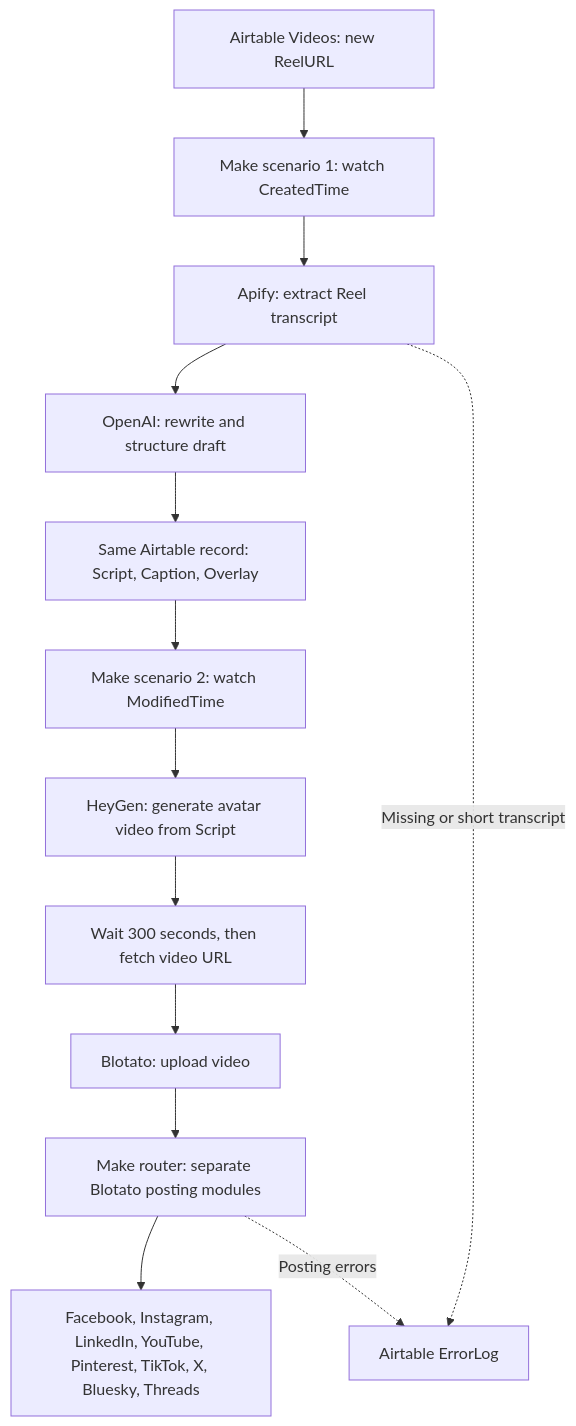
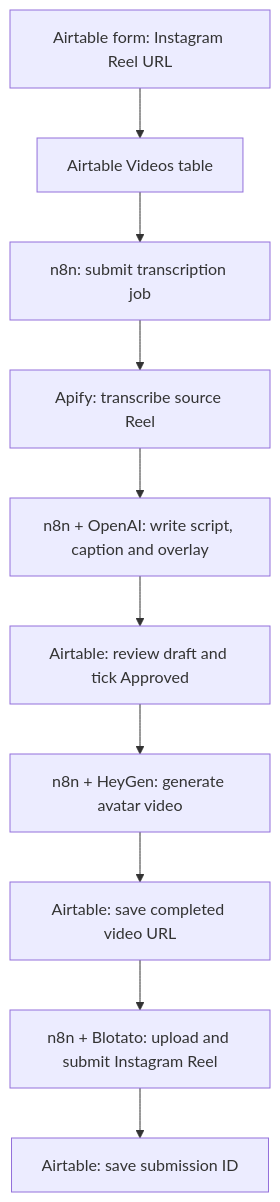
Before and after one commit to faith-nte/blotata-social-poster: the diagram in README.md, drawn with Mermaid. The commit also changed other lines of this file, not shown here.

Commit message:
Document n8n architecture, setup and current run requirements

````diff
--- a/README.md
+++ b/README.md
@@ -46,15 +9,12 @@
 ```mermaid
 flowchart TD
-    A["Airtable Videos: new ReelURL"] --> B["Make scenario 1: watch CreatedTime"]
-    B --> C["Apify: extract Reel transcript"]
-    C --> D["OpenAI: rewrite and structure draft"]
-    D --> E["Same Airtable record: Script, Caption, Overlay"]
-    C -. "Missing or short transcript" .-> L["Airtable ErrorLog"]
-    E --> F["Make scenario 2: watch ModifiedTime"]
-    F --> G["HeyGen: generate avatar video from Script"]
-    G --> H["Wait 300 seconds, then fetch video URL"]
-    H --> I["Blotato: upload video"]
-    I --> J["Make router: separate Blotato posting modules"]
-    J --> K["Facebook, Instagram, LinkedIn, YouTube, Pinterest, TikTok, X, Bluesky, Threads"]
-    J -. "Posting errors" .-> L
+    A[Airtable form: Instagram Reel URL] --> B[Airtable Videos table]
+    B --> C[n8n: submit transcription job]
+    C --> D[Apify: transcribe source Reel]
+    D --> E[n8n + OpenAI: write script, caption and overlay]
+    E --> F[Airtable: review draft and tick Approved]
+    F --> G[n8n + HeyGen: generate avatar video]
+    G --> H[Airtable: save completed video URL]
+    H --> I[n8n + Blotato: upload and submit Instagram Reel]
+    I --> J[Airtable: save submission ID]
 ```
````
